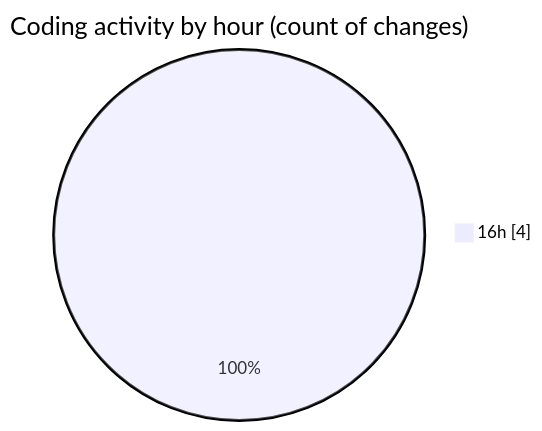
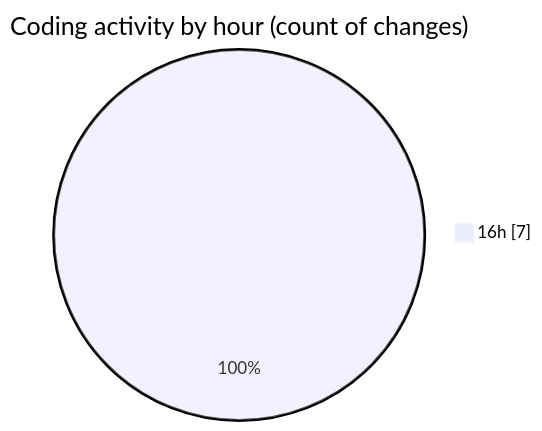
Before and after one commit to NitaiMahat/code-tracking: the second of 2 diagrams in 2025-02-05/coding_prac/README.md, drawn with Mermaid. The commit also changed other lines of this file and 1 other file, not shown here.

````diff
--- a/2025-02-05/coding_prac/README.md
+++ b/2025-02-05/coding_prac/README.md
@@ -28,5 +30,5 @@
 ```mermaid
 pie showData
 title Coding activity by hour (count of changes)
-"16h" : 4
+"16h" : 7
 ```
````
